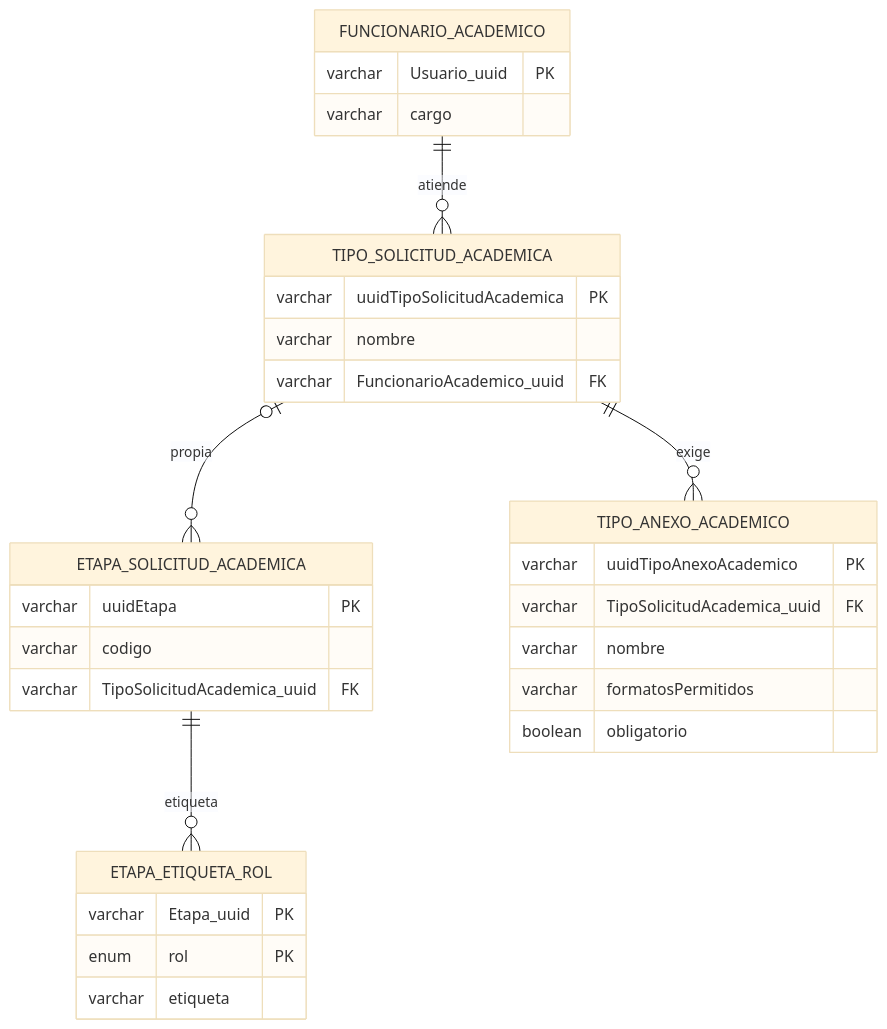
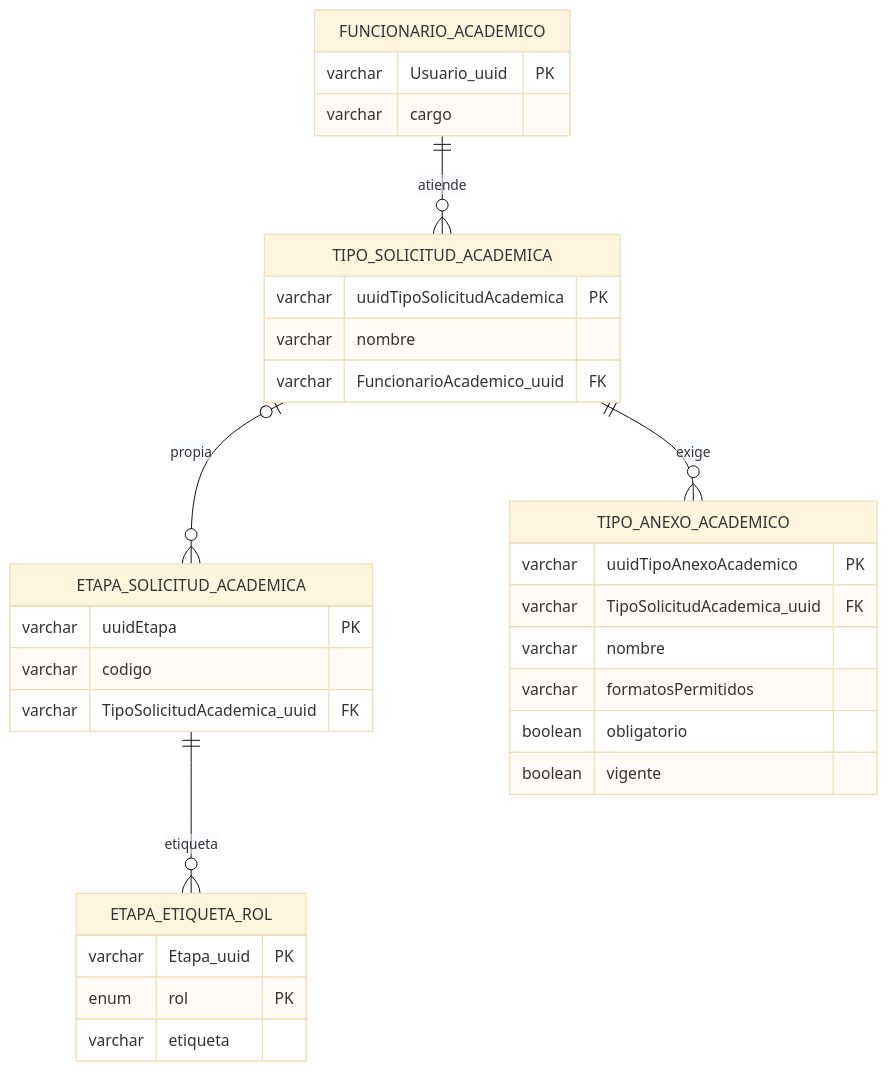
The fifth of 7 diagrams in docs/analisis/05-base-de-datos.md (CamiloBonilla1226/Gestion-Procesos-Academicos-FIET), drawn with Mermaid (base theme) before and after one commit. The commit also changed other lines of this file and 105 other files, not shown here.

````diff
--- a/docs/analisis/05-base-de-datos.md
+++ b/docs/analisis/05-base-de-datos.md
@@ -782,33 +851,34 @@
 ```mermaid
 erDiagram
     FUNCIONARIO_ACADEMICO {
         varchar Usuario_uuid PK
         varchar cargo
     }
     TIPO_SOLICITUD_ACADEMICA {
         varchar uuidTipoSolicitudAcademica PK
         varchar nombre
         varchar FuncionarioAcademico_uuid FK
     }
     ETAPA_SOLICITUD_ACADEMICA {
         varchar uuidEtapa PK
         varchar codigo
         varchar TipoSolicitudAcademica_uuid FK
     }
     ETAPA_ETIQUETA_ROL {
         varchar Etapa_uuid PK
         enum rol PK
         varchar etiqueta
     }
     TIPO_ANEXO_ACADEMICO {
         varchar uuidTipoAnexoAcademico PK
         varchar TipoSolicitudAcademica_uuid FK
         varchar nombre
         varchar formatosPermitidos
         boolean obligatorio
+        boolean vigente
     }
     FUNCIONARIO_ACADEMICO ||--o{ TIPO_SOLICITUD_ACADEMICA : atiende
     TIPO_SOLICITUD_ACADEMICA |o--o{ ETAPA_SOLICITUD_ACADEMICA : propia
     TIPO_SOLICITUD_ACADEMICA ||--o{ TIPO_ANEXO_ACADEMICO : exige
     ETAPA_SOLICITUD_ACADEMICA ||--o{ ETAPA_ETIQUETA_ROL : etiqueta
 ```
````
